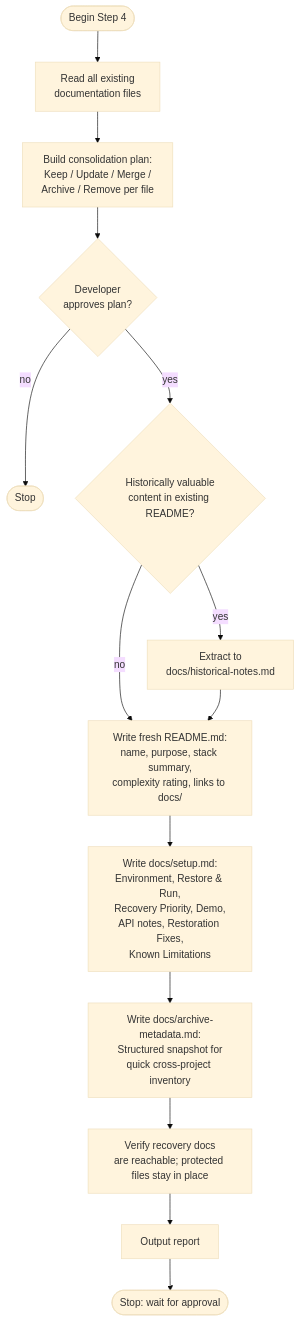
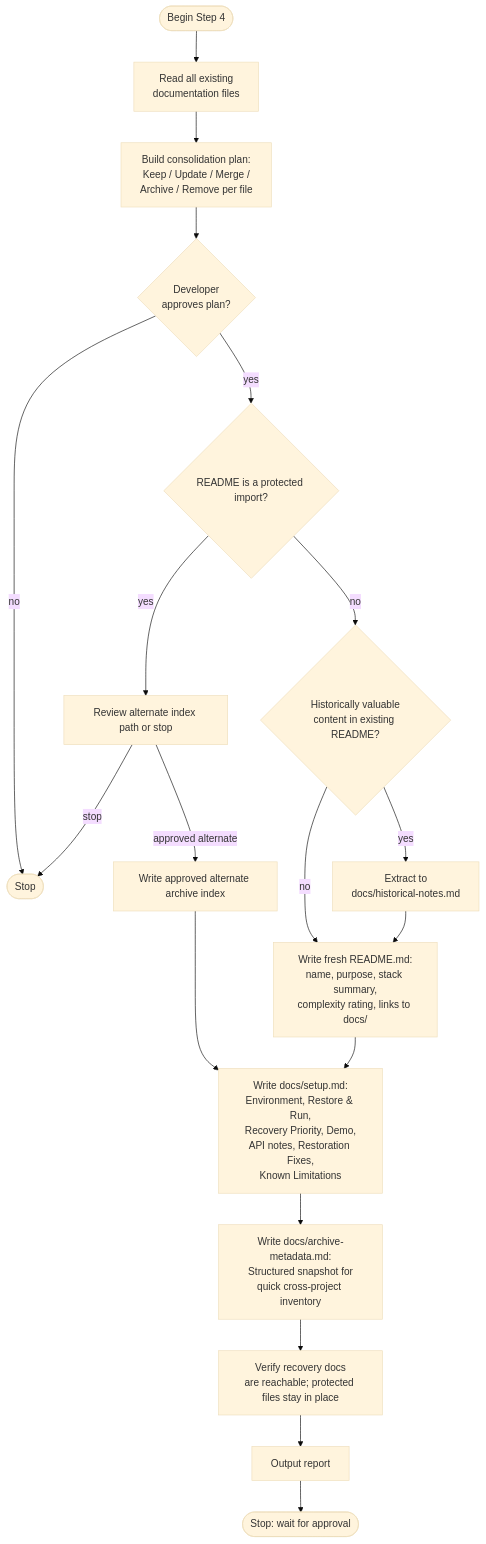
One commit to myowinthein/agent-helm changed the diagram in docs/commands/archive/4-documentation.md. Above: the diagram before and after it, drawn with Mermaid (base theme). The commit also changed other lines of this file and 30 other files, not shown here.

````diff
--- a/docs/commands/archive/4-documentation.md
+++ b/docs/commands/archive/4-documentation.md
@@ -14,23 +14,28 @@
 ```mermaid
 flowchart TD
   Start([Begin Step 4]) --> ReadDocs[Read all existing\ndocumentation files]
 
   ReadDocs --> Plan["Build consolidation plan:\nKeep / Update / Merge /\nArchive / Remove per file"]
 
   Plan --> Approval{Developer\napproves plan?}
   Approval -->|no| Stop([Stop])
-  Approval -->|yes| Historical{Historically valuable\ncontent in existing README?}
+  Approval -->|yes| Protected{README is a protected import?}
+  Protected -->|yes| IndexChoice[Review alternate index path or stop]
+  IndexChoice -->|stop| Stop
+  IndexChoice -->|approved alternate| WriteIndex[Write approved alternate archive index]
+  WriteIndex --> WriteSetup
+  Protected -->|no| Historical{Historically valuable\ncontent in existing README?}
 
   Historical -->|yes| Extract[Extract to\ndocs/historical-notes.md]
   Historical -->|no| WriteREADME
 
   Extract --> WriteREADME[Write fresh README.md:\nname, purpose, stack summary,\ncomplexity rating, links to docs/]
 
   WriteREADME --> WriteSetup["Write docs/setup.md:\nEnvironment, Restore & Run,\nRecovery Priority, Demo,\nAPI notes, Restoration Fixes,\nKnown Limitations"]
 
   WriteSetup --> WriteMeta["Write docs/archive-metadata.md:\nStructured snapshot for\nquick cross-project inventory"]
 
   WriteMeta --> Verify[Verify recovery docs\nare reachable; protected files stay in place]
 
   Verify --> Report[Output report] --> StopApprove([Stop: wait for approval])
 ```
````
